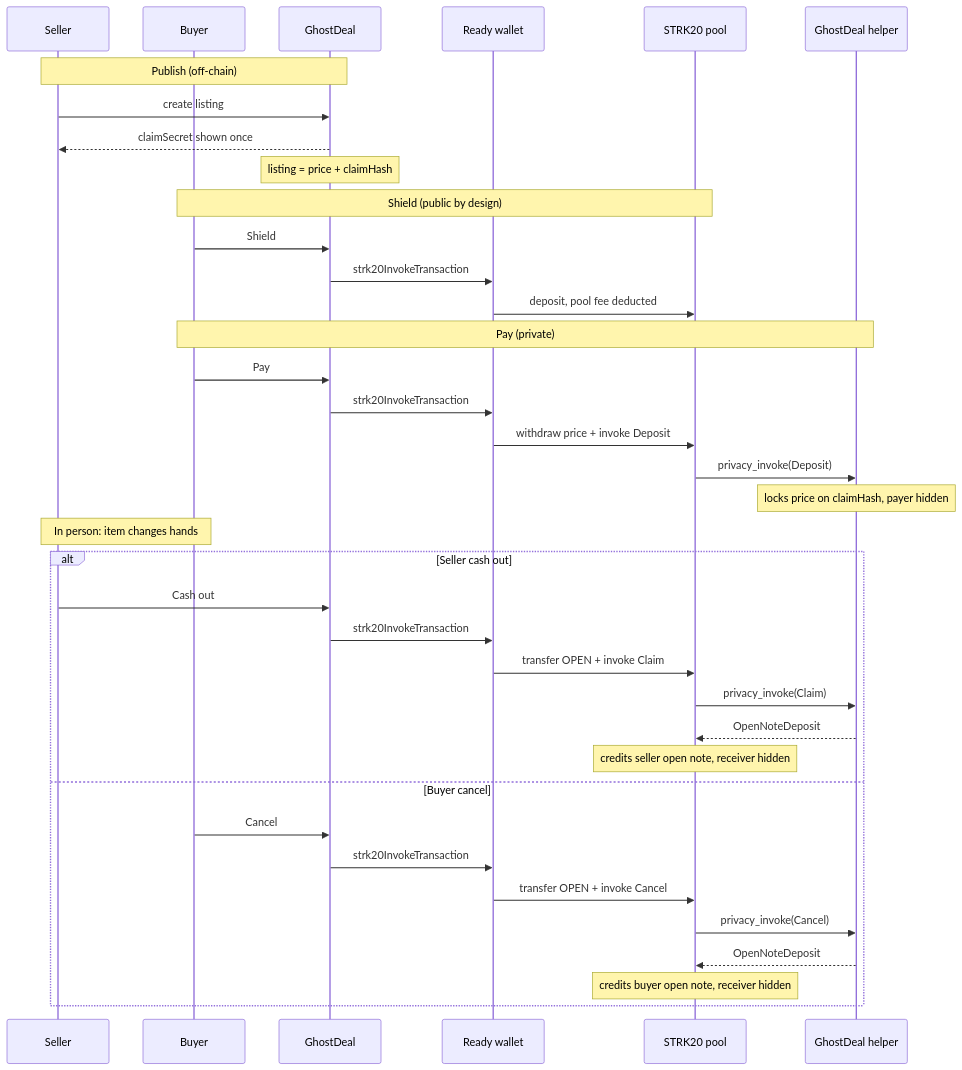
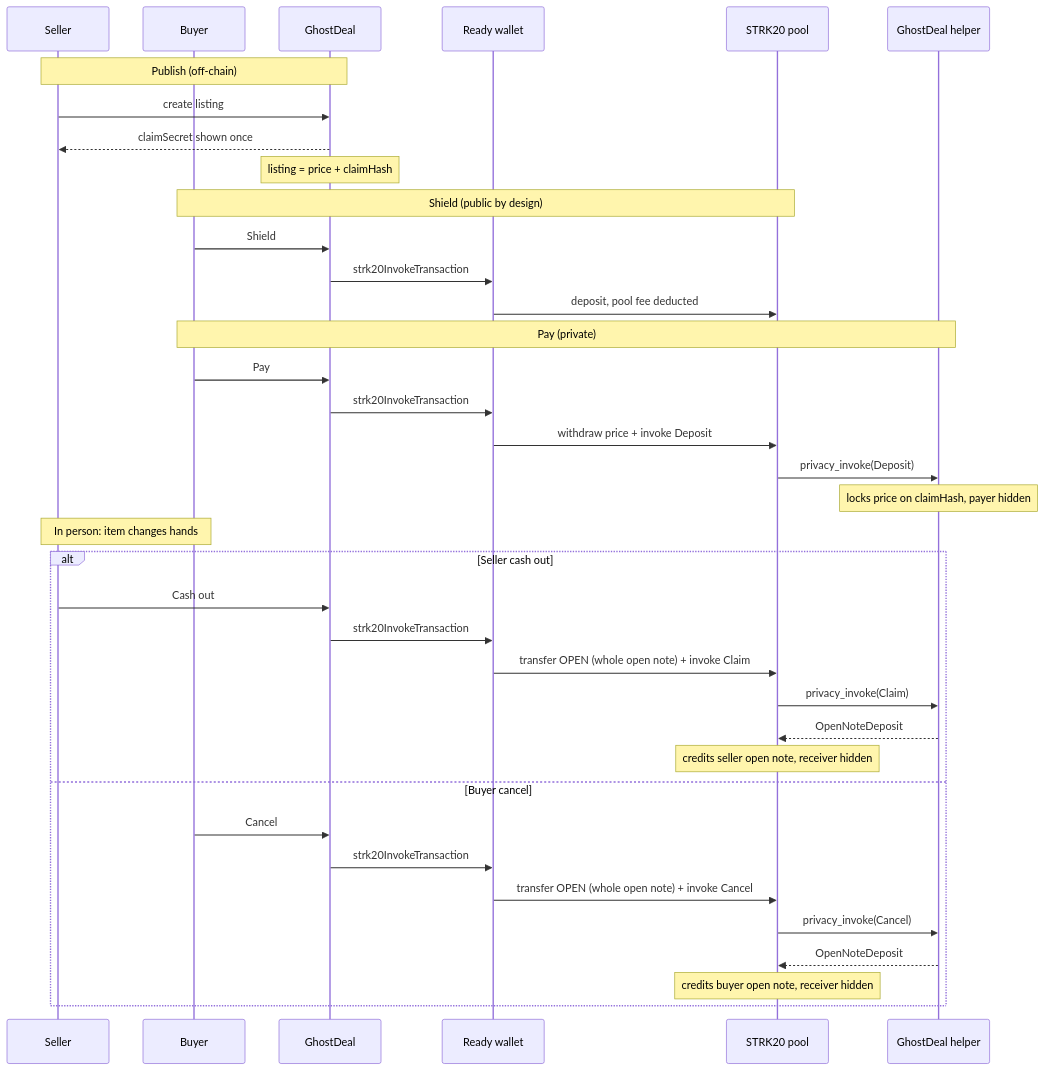
The first of 2 diagrams in docs/how-it-works.md (JaDi03/GhostDeal), drawn with Mermaid before and after one commit. The commit also changed 2 other files, not shown here.

Commit message:
docs: reorder deal steps before protocol diagram and soften tone

````diff
--- a/docs/how-it-works.md
+++ b/docs/how-it-works.md
@@ -53,44 +58,44 @@
 ```mermaid
 sequenceDiagram
   participant Seller
   participant Buyer
   participant App as GhostDeal
   participant Wallet as Ready wallet
   participant Pool as STRK20 pool
   participant Escrow as GhostDeal helper
 
   Note over Seller,App: Publish (off-chain)
   Seller->>App: create listing
   App-->>Seller: claimSecret shown once
   Note over App: listing = price + claimHash
 
   Note over Buyer,Pool: Shield (public by design)
   Buyer->>App: Shield
   App->>Wallet: strk20InvokeTransaction
   Wallet->>Pool: deposit, pool fee deducted
 
   Note over Buyer,Escrow: Pay (private)
   Buyer->>App: Pay
   App->>Wallet: strk20InvokeTransaction
   Wallet->>Pool: withdraw price + invoke Deposit
   Pool->>Escrow: privacy_invoke(Deposit)
   Note over Escrow: locks price on claimHash, payer hidden
 
   Note over Seller,Buyer: In person: item changes hands
 
   alt Seller cash out
     Seller->>App: Cash out
     App->>Wallet: strk20InvokeTransaction
-    Wallet->>Pool: transfer OPEN + invoke Claim
+    Wallet->>Pool: transfer OPEN (whole open note) + invoke Claim
     Pool->>Escrow: privacy_invoke(Claim)
     Escrow-->>Pool: OpenNoteDeposit
     Note over Pool: credits seller open note, receiver hidden
   else Buyer cancel
     Buyer->>App: Cancel
     App->>Wallet: strk20InvokeTransaction
-    Wallet->>Pool: transfer OPEN + invoke Cancel
+    Wallet->>Pool: transfer OPEN (whole open note) + invoke Cancel
     Pool->>Escrow: privacy_invoke(Cancel)
     Escrow-->>Pool: OpenNoteDeposit
     Note over Pool: credits buyer open note, receiver hidden
   end
 ```
````
